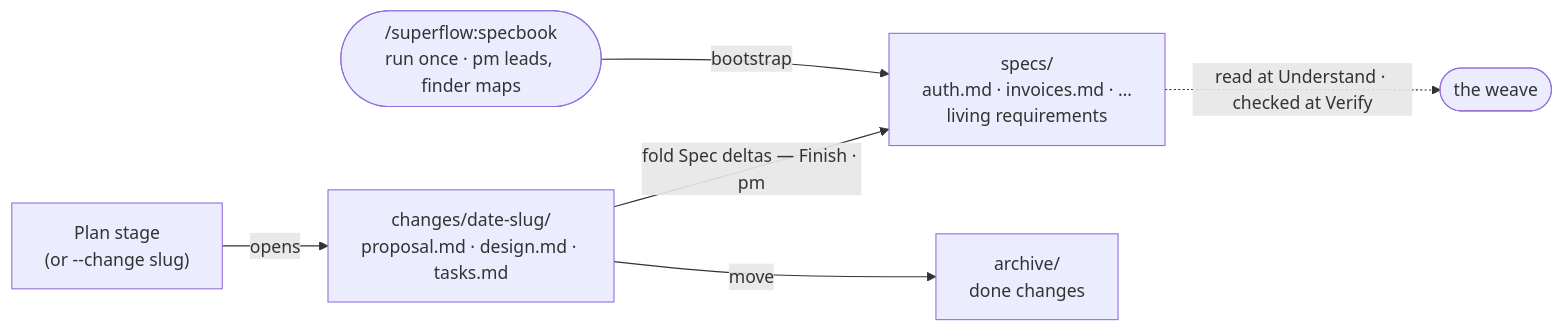
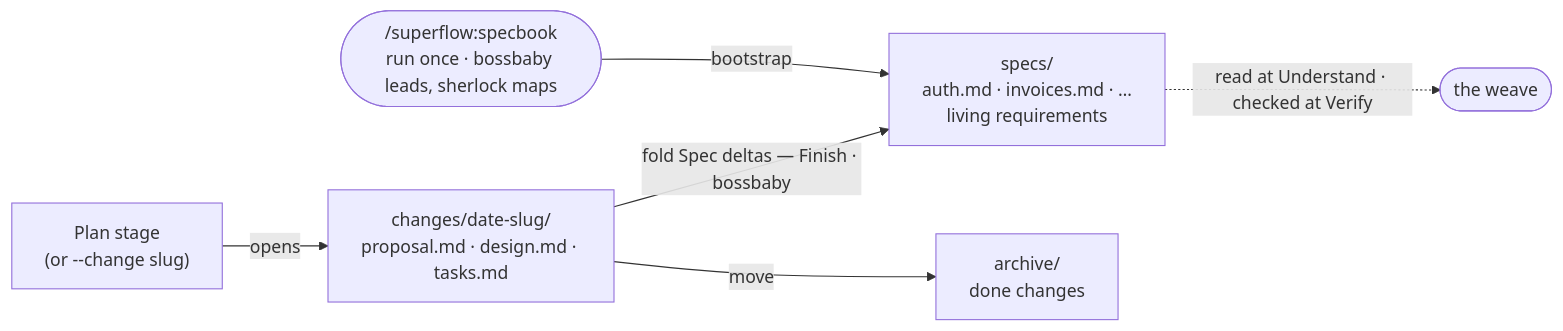
The second of 7 diagrams in docs/the-weave-and-the-specbook.md (cashwanikumar/superflow), drawn with Mermaid before and after one commit. The commit also changed other lines of this file and 18 other files, not shown here.

First line of the commit message:
Rename dev/finder/pm personas to codezilla/sherlock/bossbaby (#2)

````diff
--- a/docs/the-weave-and-the-specbook.md
+++ b/docs/the-weave-and-the-specbook.md
@@ -49,8 +49,8 @@
 ```mermaid
 flowchart LR
-    CMD(["/superflow:specbook<br/>run once · pm leads, finder maps"]) -->|bootstrap| SPECS["specs/<br/>auth.md · invoices.md · …<br/>living requirements"]
+    CMD(["/superflow:specbook<br/>run once · bossbaby leads, sherlock maps"]) -->|bootstrap| SPECS["specs/<br/>auth.md · invoices.md · …<br/>living requirements"]
     PLAN["Plan stage<br/>(or --change slug)"] -->|opens| CH["changes/date-slug/<br/>proposal.md · design.md · tasks.md"]
-    CH -->|"fold Spec deltas — Finish · pm"| SPECS
+    CH -->|"fold Spec deltas — Finish · bossbaby"| SPECS
     CH -->|move| ARC["archive/<br/>done changes"]
     SPECS -.->|"read at Understand · checked at Verify"| USE([the weave])
 ```
````
